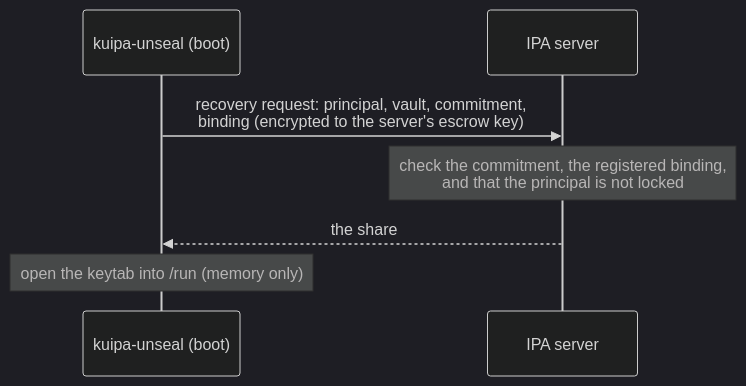
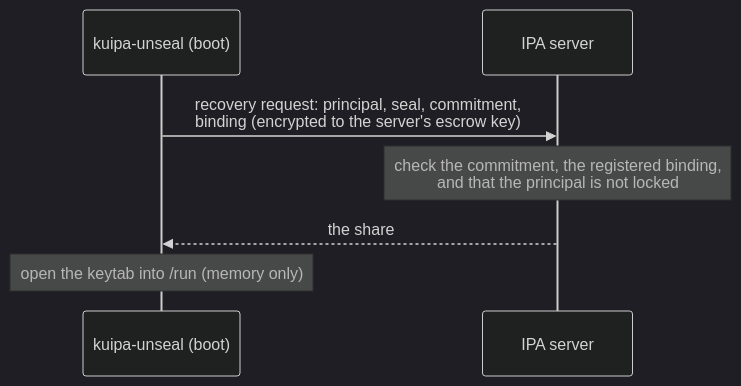
Before and after one commit to abbra/kuipa: the second of 2 diagrams in docs/src/concepts.md, drawn with Mermaid (dark theme). The commit also changed other lines of this file and 27 other files, not shown here.

````diff
--- a/docs/src/concepts.md
+++ b/docs/src/concepts.md
@@ -90,9 +90,9 @@
 ```mermaid
 sequenceDiagram
     participant U as kuipa-unseal (boot)
     participant S as IPA server
-    U->>S: recovery request: principal, vault, commitment,<br/>binding (encrypted to the server's escrow key)
+    U->>S: recovery request: principal, seal, commitment,<br/>binding (encrypted to the server's escrow key)
     Note over S: check the commitment, the registered binding,<br/>and that the principal is not locked
     S-->>U: the share
     Note over U: open the keytab into /run (memory only)
 ```
````
